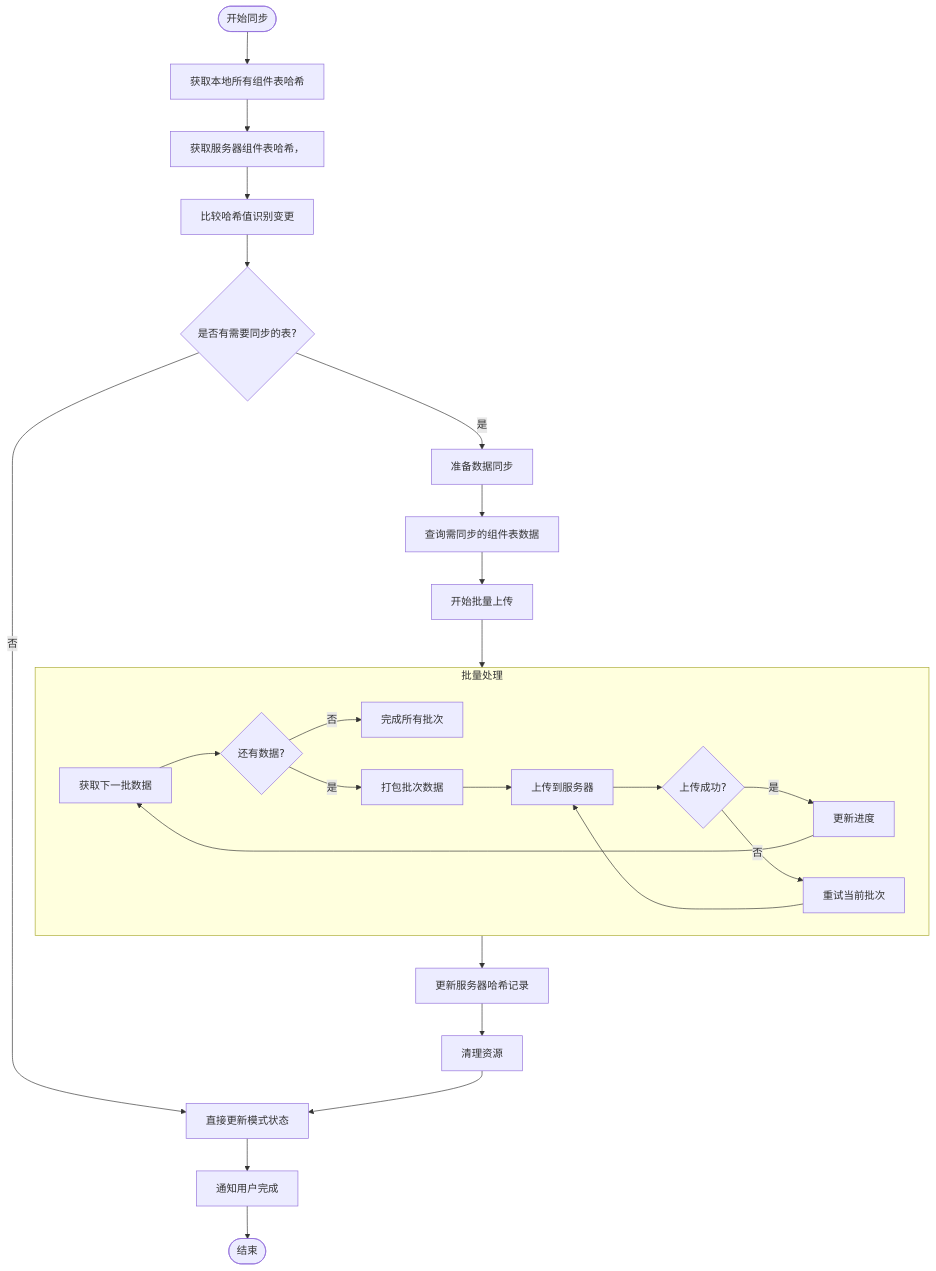
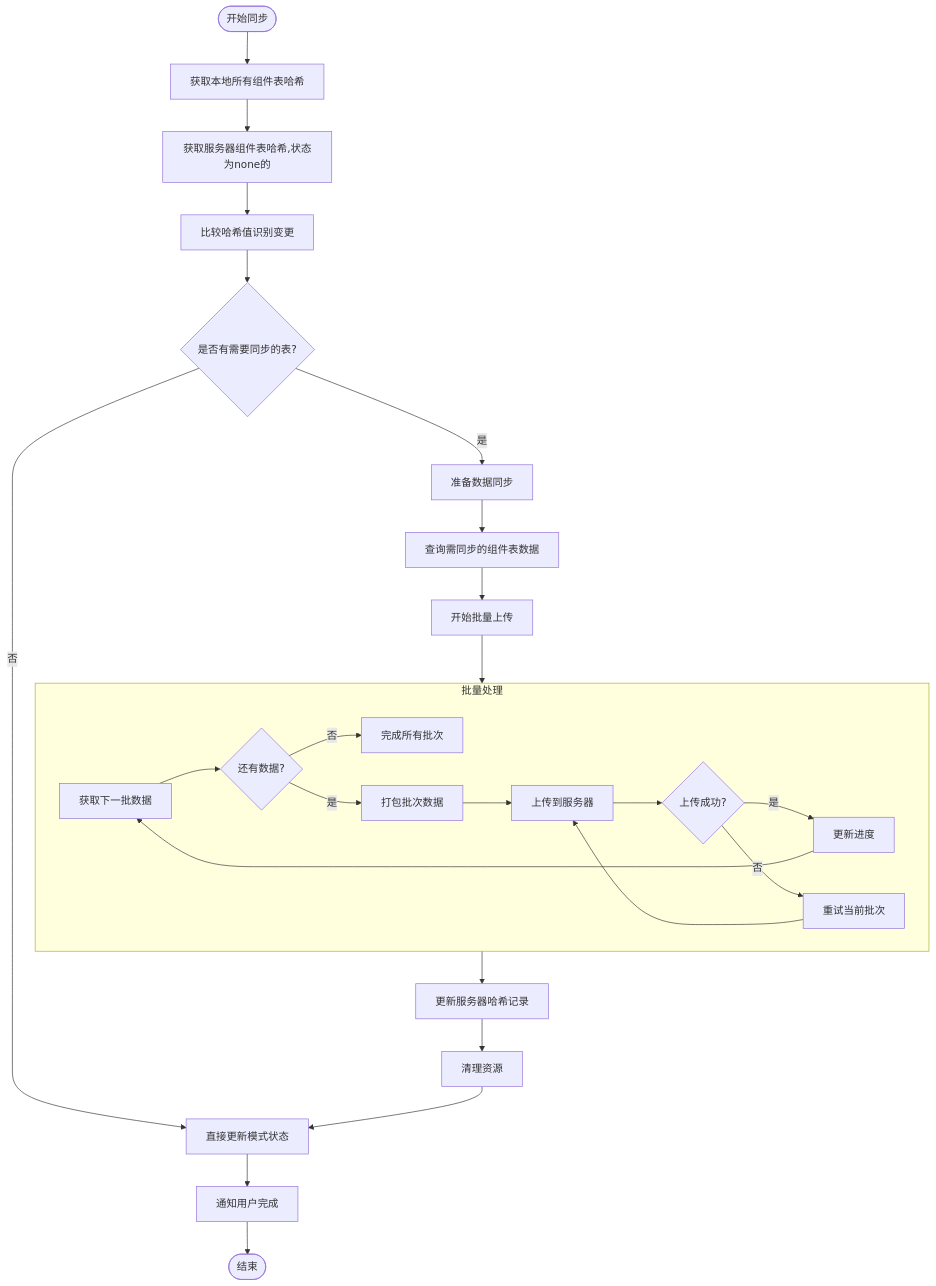
One commit to yingjianzh/iodraw-files changed the diagram in all/未命名-51.md. Above: the diagram before and after it, drawn with Mermaid.

Commit message:
2025-05-08 16:50:20 update

````diff
--- a/all/未命名-51.md
+++ b/all/未命名-51.md
@@ -1,33 +1,33 @@
 ```mermaid
 flowchart TD
     Start([开始同步]) --> FetchLocalHashes[获取本地所有组件表哈希]
-    FetchLocalHashes --> FetchServerHashes[获取服务器组件表哈希，]
+    FetchLocalHashes --> FetchServerHashes[获取服务器组件表哈希,状态为none的]
     FetchServerHashes --> CompareHashes[比较哈希值识别变更]
     
     CompareHashes --> NeedSync{是否有需要同步的表?}
     NeedSync -->|否| UpdateMode[直接更新模式状态]
     NeedSync -->|是| PrepareSync[准备数据同步]
     
     PrepareSync --> QueryChangedData[查询需同步的组件表数据]
     QueryChangedData --> BeginBatchUpload[开始批量上传]
     
     subgraph BatchProcess [批量处理]
         A[获取下一批数据] --> B{还有数据?}
         B -->|否| ExitLoop[完成所有批次]
         B -->|是| C[打包批次数据]
         C --> D[上传到服务器]
         D --> E{上传成功?}
         E -->|是| F[更新进度]
         E -->|否| G[重试当前批次]
         G --> D
         F --> A
     end
     
     BeginBatchUpload --> BatchProcess
     BatchProcess --> UpdateHashes[更新服务器哈希记录]
     UpdateHashes --> CleanupResources[清理资源]
     CleanupResources --> UpdateMode
     
     UpdateMode --> NotifyCompletion[通知用户完成]
     NotifyCompletion --> End([结束])
 ```
````
